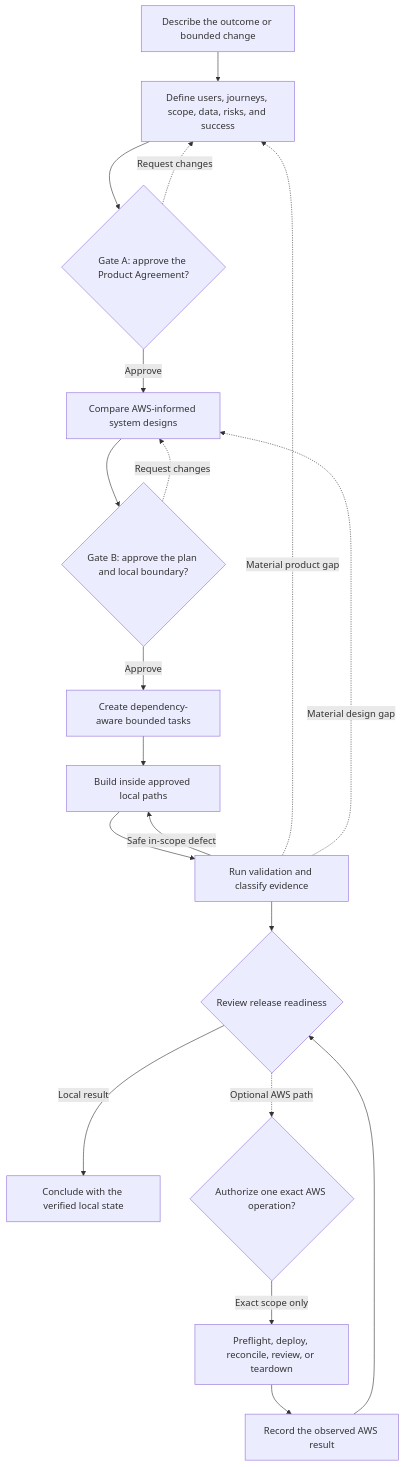
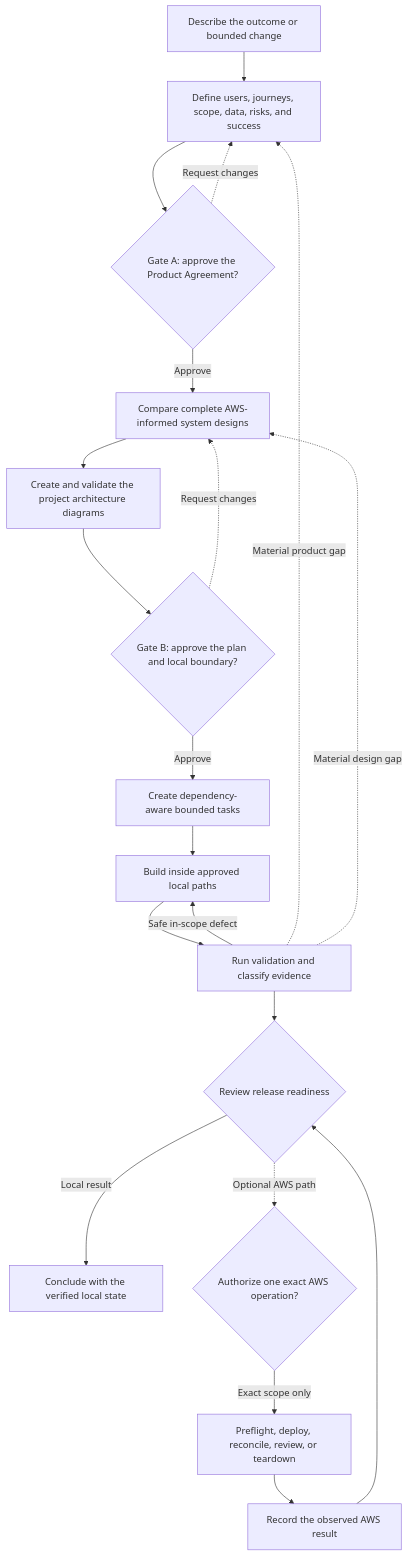
One commit to Levi-Breedlove/codex-aws-aidlc changed the first of 2 diagrams in docs/WORKFLOW.md. Above: the diagram before and after it, drawn with Mermaid. The commit also changed other lines of this file and 11 other files, not shown here.

Commit message:
docs: explain Fastlane workflow and diagrams in 1.3.3

````diff
--- a/docs/WORKFLOW.md
+++ b/docs/WORKFLOW.md
@@ -66,36 +67,35 @@
 ```mermaid
 flowchart TB
     accTitle: Fastlane customer delivery lifecycle
     accDescr: The owner approves product and technical boundaries. Fastlane plans, builds, and verifies locally; corrections return to the affected stage, and separately authorized AWS results return to release review.
 
     IDEA["Describe the outcome or bounded change"]
     DEFINE["Define users, journeys, scope, data, risks, and success"]
     GATEA{"Gate A: approve the Product Agreement?"}
-    DESIGN["Compare AWS-informed system designs"]
+    DESIGN["Compare complete AWS-informed system designs"]
+    DIAGRAMS["Create and validate the project architecture diagrams"]
     GATEB{"Gate B: approve the plan and local boundary?"}
     TASKS["Create dependency-aware bounded tasks"]
     BUILD["Build inside approved local paths"]
     VERIFY["Run validation and classify evidence"]
     RELEASE{"Review release readiness"}
     LOCAL["Conclude with the verified local state"]
     AWSAUTH{"Authorize one exact AWS operation?"}
     AWSOPS["Preflight, deploy, reconcile, review, or teardown"]
     AWSRESULT["Record the observed AWS result"]
 
     IDEA --> DEFINE --> GATEA
-    GATEA -->|"Approve"| DESIGN
+    GATEA -->|"Approve"| DESIGN --> DIAGRAMS --> GATEB
     GATEA -. "Request changes" .-> DEFINE
-
-    DESIGN --> GATEB
     GATEB -->|"Approve"| TASKS
     GATEB -. "Request changes" .-> DESIGN
 
     TASKS --> BUILD --> VERIFY --> RELEASE
     VERIFY -->|"Safe in-scope defect"| BUILD
     VERIFY -. "Material product gap" .-> DEFINE
     VERIFY -. "Material design gap" .-> DESIGN
 
     RELEASE -->|"Local result"| LOCAL
     RELEASE -. "Optional AWS path" .-> AWSAUTH
     AWSAUTH -->|"Exact scope only"| AWSOPS --> AWSRESULT --> RELEASE
 ```
````
